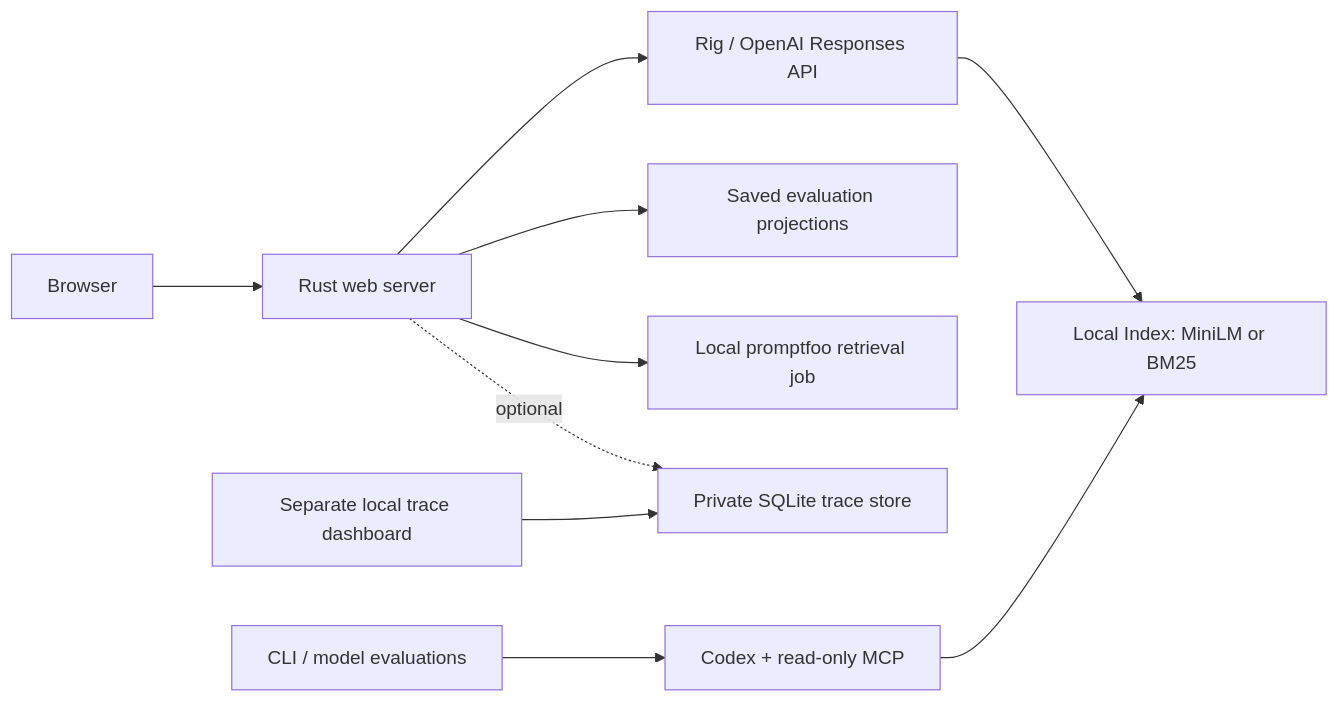
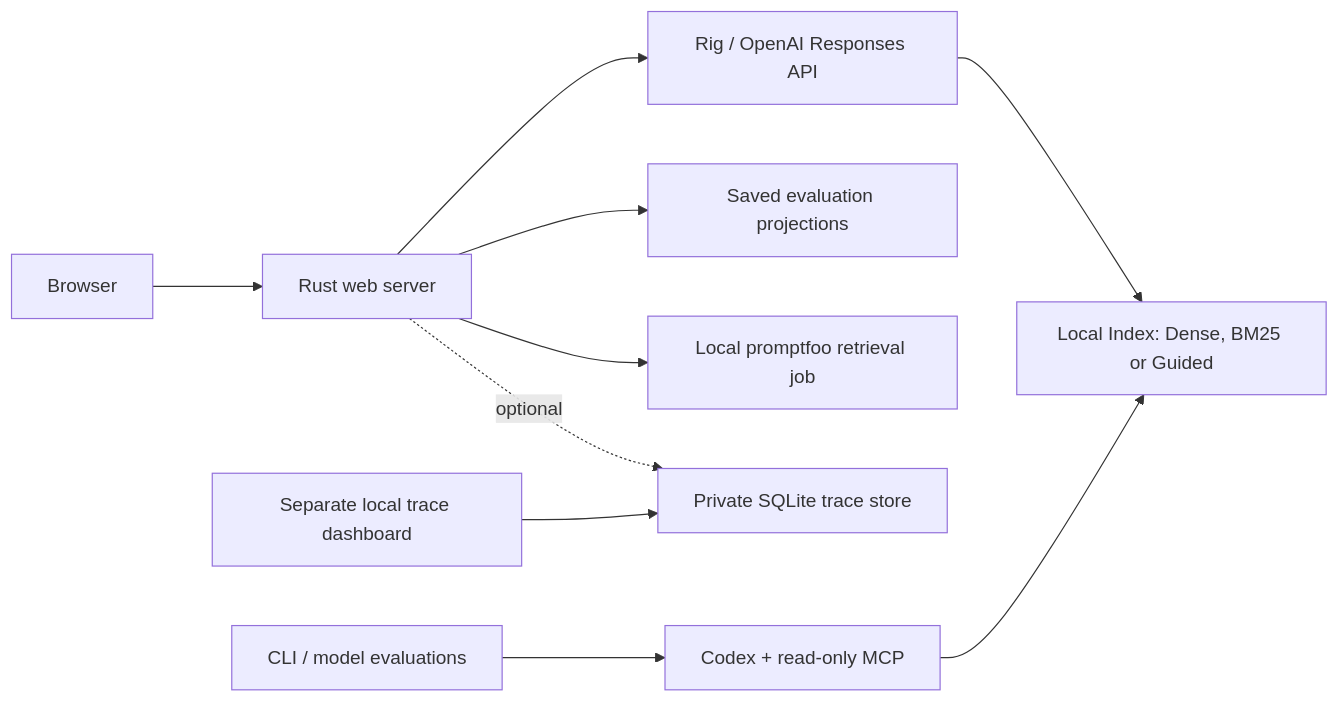
One commit to Daanvdplas/coa-assistent changed the diagram in docs/CODEBASE_GUIDE.md. Above: the diagram before and after it, drawn with Mermaid. The commit also changed other lines of this file and 13 other files, not shown here.

Commit message:
Add opt-in guided retrieval to the local COA demo

````diff
--- a/docs/CODEBASE_GUIDE.md
+++ b/docs/CODEBASE_GUIDE.md
@@ -9,12 +9,12 @@
 ```mermaid
 flowchart LR
     Browser --> Web["Rust web server"]
     Web --> Rig["Rig / OpenAI Responses API"]
-    Rig --> Search["Local Index: MiniLM or BM25"]
+    Rig --> Search["Local Index: Dense, BM25 or Guided"]
     Web --> Results["Saved evaluation projections"]
     Web --> LocalJob["Local promptfoo retrieval job"]
     Web -. "optional" .-> Traces["Private SQLite trace store"]
     Dashboard["Separate local trace dashboard"] --> Traces
     CLI["CLI / model evaluations"] --> Codex["Codex + read-only MCP"]
     Codex --> Search
 ```
````
